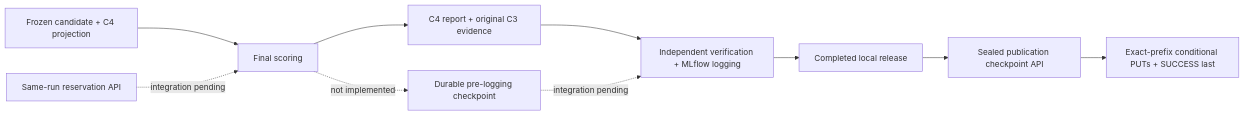
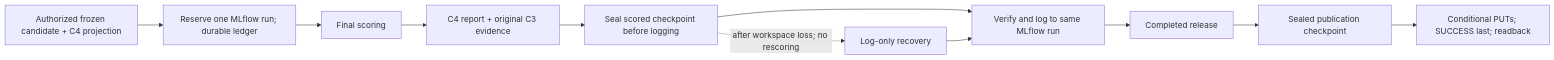
Before and after one commit to khab40/lob-arena: the fifth of 9 diagrams in docs/architecture.md, drawn with Mermaid. The commit also changed other lines of this file and 166 other files, not shown here.

First line of the commit message:
docs: reconcile ML lifecycle, roadmap and documentation structure (#208)

````diff
--- a/docs/architecture.md
+++ b/docs/architecture.md
@@ -256,12 +277,13 @@
 ```mermaid
 flowchart LR
-    C4["Frozen candidate + C4 projection"] --> Score["Final scoring"]
+    C4["Authorized frozen candidate + C4 projection"] --> Reserve["Reserve one MLflow run; durable ledger"]
+    Reserve --> Score["Final scoring"]
     Score --> Eval["C4 report + original C3 evidence"]
-    Eval --> Log["Independent verification + MLflow logging"]
-    Reserve["Same-run reservation API"] -. "integration pending" .-> Score
-    Score -. "not implemented" .-> Durable["Durable pre-logging checkpoint"]
-    Durable -. "integration pending" .-> Log
-    Log --> Complete["Completed local release"]
-    Complete --> Retain["Sealed publication checkpoint API"]
-    Retain --> Publish["Exact-prefix conditional PUTs + SUCCESS last"]
+    Eval --> Durable["Seal scored checkpoint before logging"]
+    Durable --> Log["Verify and log to same MLflow run"]
+    Durable -. "after workspace loss; no rescoring" .-> Recovery["Log-only recovery"]
+    Recovery --> Log
+    Log --> Complete["Completed release"]
+    Complete --> Retain["Sealed publication checkpoint"]
+    Retain --> Publish["Conditional PUTs; SUCCESS last; readback"]
 ```
````
